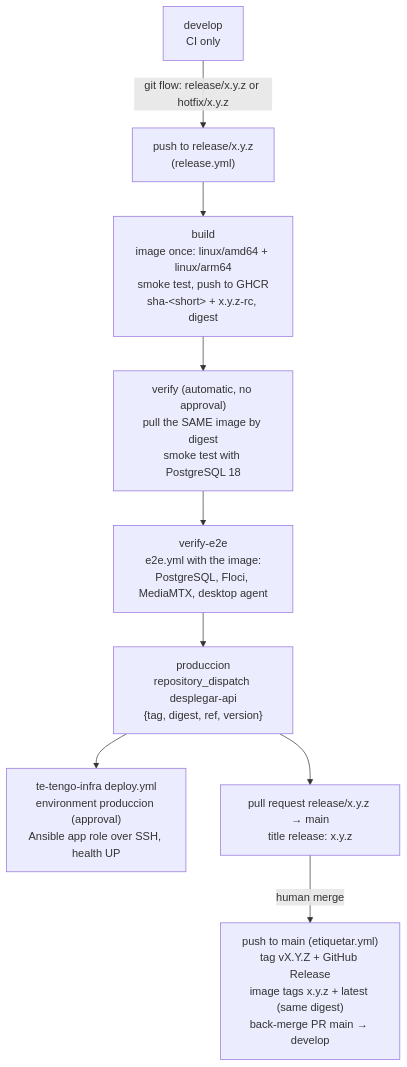
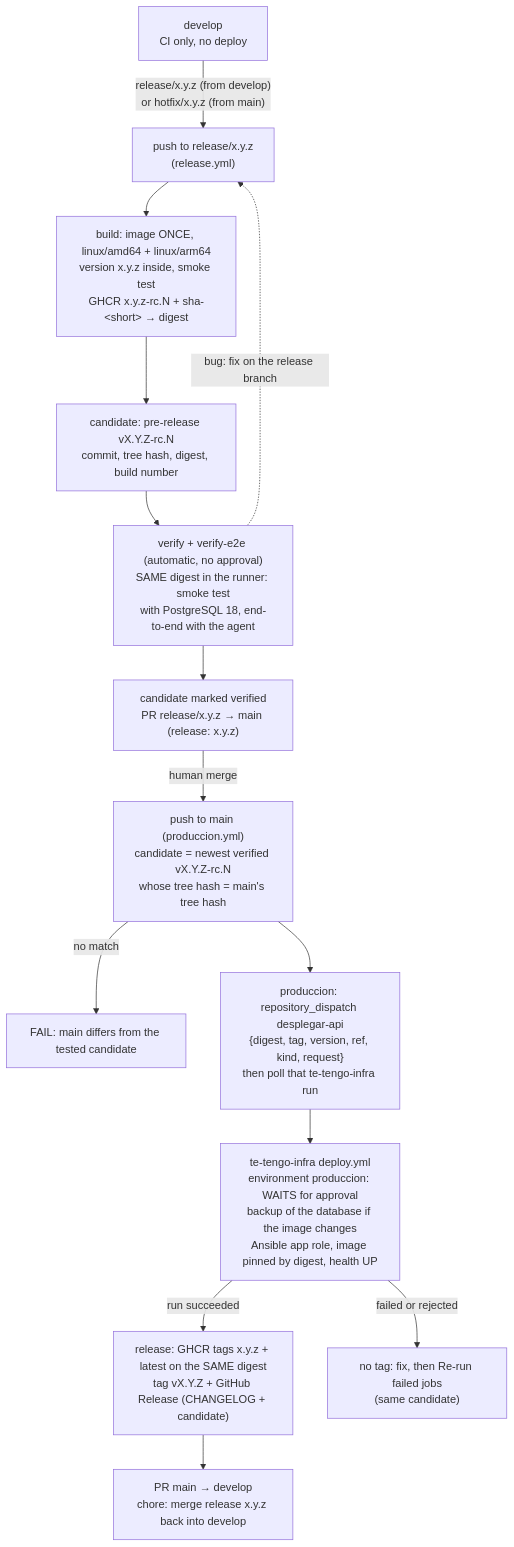
The diagram in docs/DEPLOYMENT.md (Te-Tengo-Tech/te-tengo-general-api), drawn with Mermaid before and after one commit. The commit also changed other lines of this file and 3 other files, not shown here.

Commit message:
docs: describe the release candidate flow

````diff
--- a/docs/DEPLOYMENT.md
+++ b/docs/DEPLOYMENT.md
@@ -65,11 +65,16 @@
 ```mermaid
 flowchart TD
-  dev["develop<br/>CI only"] -->|"git flow: release/x.y.z or hotfix/x.y.z"| push["push to release/x.y.z<br/>(release.yml)"]
-  push --> build["build<br/>image once: linux/amd64 + linux/arm64<br/>smoke test, push to GHCR<br/>sha-&lt;short&gt; + x.y.z-rc, digest"]
-  build --> verify["verify (automatic, no approval)<br/>pull the SAME image by digest<br/>smoke test with PostgreSQL 18"]
-  verify --> e2e["verify-e2e<br/>e2e.yml with the image:<br/>PostgreSQL, Floci, MediaMTX, desktop agent"]
-  e2e --> prod["produccion<br/>repository_dispatch desplegar-api<br/>{tag, digest, ref, version}"]
-  prod --> infra["te-tengo-infra deploy.yml<br/>environment produccion (approval)<br/>Ansible app role over SSH, health UP"]
-  prod --> pr["pull request release/x.y.z → main<br/>title release: x.y.z"]
-  pr -->|"human merge"| main["push to main (etiquetar.yml)<br/>tag vX.Y.Z + GitHub Release<br/>image tags x.y.z + latest (same digest)<br/>back-merge PR main → develop"]
+  dev["develop<br/>CI only, no deploy"] -->|"release/x.y.z (from develop)<br/>or hotfix/x.y.z (from main)"| push["push to release/x.y.z<br/>(release.yml)"]
+  push --> build["build: image ONCE, linux/amd64 + linux/arm64<br/>version x.y.z inside, smoke test<br/>GHCR x.y.z-rc.N + sha-&lt;short&gt; → digest"]
+  build --> cand["candidate: pre-release vX.Y.Z-rc.N<br/>commit, tree hash, digest, build number"]
+  cand --> verify["verify + verify-e2e (automatic, no approval)<br/>SAME digest in the runner: smoke test<br/>with PostgreSQL 18, end-to-end with the agent"]
+  verify --> pr["candidate marked verified<br/>PR release/x.y.z → main (release: x.y.z)"]
+  verify -.->|"bug: fix on the release branch"| push
+  pr -->|"human merge"| main["push to main (produccion.yml)<br/>candidate = newest verified vX.Y.Z-rc.N<br/>whose tree hash = main's tree hash"]
+  main -->|"no match"| stop["FAIL: main differs from the tested candidate"]
+  main --> disp["produccion: repository_dispatch desplegar-api<br/>{digest, tag, version, ref, kind, request}<br/>then poll that te-tengo-infra run"]
+  disp --> infra["te-tengo-infra deploy.yml<br/>environment produccion: WAITS for approval<br/>backup of the database if the image changes<br/>Ansible app role, image pinned by digest, health UP"]
+  infra -->|"run succeeded"| rel["release: GHCR tags x.y.z + latest on the SAME digest<br/>tag vX.Y.Z + GitHub Release (CHANGELOG + candidate)"]
+  infra -->|"failed or rejected"| notag["no tag: fix, then Re-run failed jobs<br/>(same candidate)"]
+  rel --> back["PR main → develop<br/>chore: merge release x.y.z back into develop"]
 ```
````
